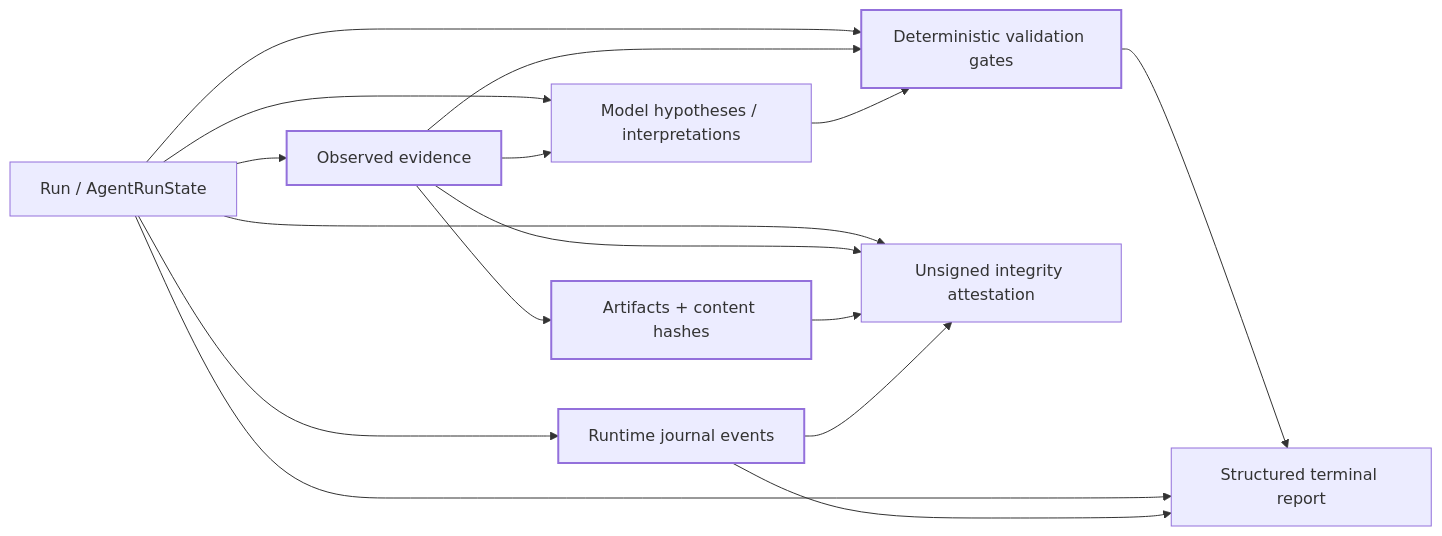
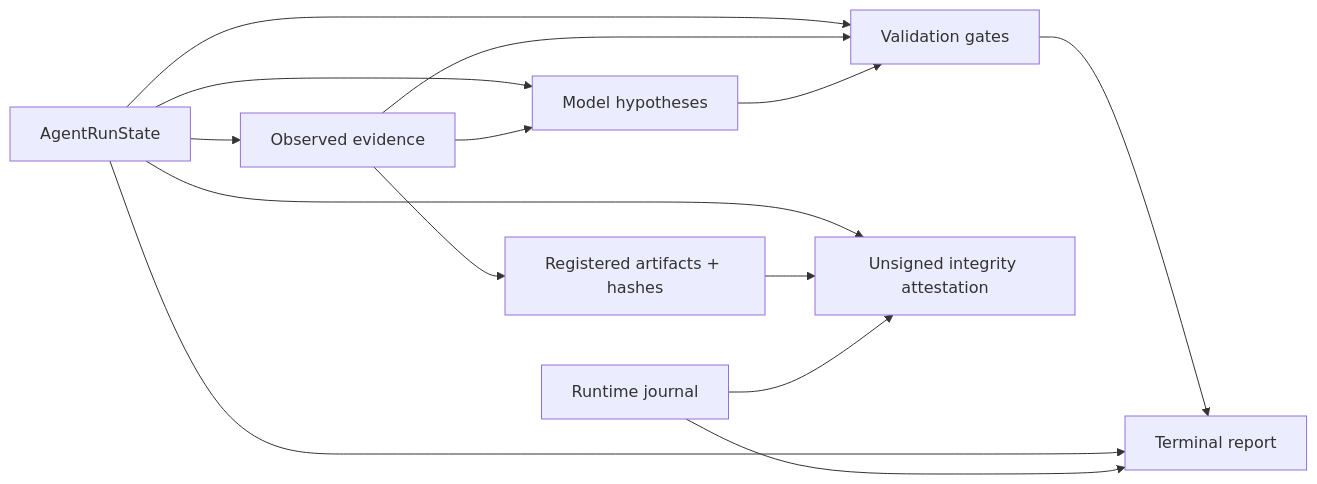
One commit to portyu9/ai-qa-automation changed the diagram in docs/TRACEABILITY.md. Above: the diagram before and after it, drawn with Mermaid. The commit also changed other lines of this file and 66 other files, not shown here.

````diff
--- a/docs/TRACEABILITY.md
+++ b/docs/TRACEABILITY.md
@@ -13,31 +16,25 @@
 ```mermaid
 flowchart LR
-    R[Run / AgentRunState]
+    R[AgentRunState]
     E[Observed evidence]
-    A[Artifacts + content hashes]
-    H[Model hypotheses / interpretations]
-    V[Deterministic validation gates]
-    J[Runtime journal events]
-    T[Structured terminal report]
+    A[Registered artifacts + hashes]
+    H[Model hypotheses]
+    V[Validation gates]
+    J[Runtime journal]
+    T[Terminal report]
     I[Unsigned integrity attestation]
 
     R --> E
     R --> H
     R --> V
-    R --> J
     E --> A
     E --> H
     E --> V
     H --> V
     V --> T
     R --> T
     J --> T
-
     R --> I
-    E --> I
     A --> I
     J --> I
-
-    classDef observed stroke-width:2px;
-    class E,A,V,J observed;
 ```
````
